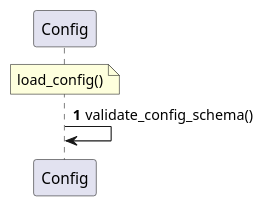
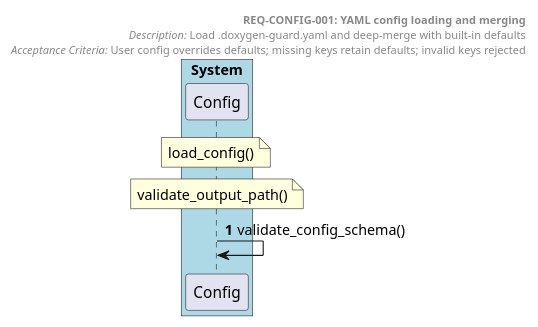
The diagram in docs/generated/sequences/REQ-CONFIG-001.puml (tvanfossen/doxygen-guard), drawn with PlantUML before and after one commit. The commit also changed 18 other files, not shown here.

```diff
--- a/docs/generated/sequences/REQ-CONFIG-001.puml
+++ b/docs/generated/sequences/REQ-CONFIG-001.puml
@@ -1,10 +1,19 @@
-@startuml REQ-CONFIG-001
+@startuml REQ-CONFIG-001 YAML config loading and merging
 autonumber
 
-participant "Config" as Config
+box "System" #LightBlue
+  participant "Config" as Config
+end box
+
+header
+  **REQ-CONFIG-001: YAML config loading and merging**
+  //Description:// Load .doxygen-guard.yaml and deep-merge with built-in defaults
+  //Acceptance Criteria:// User config overrides defaults; missing keys retain defaults; invalid keys rejected
+end header
 
 note over Config: load_config()
+note over Config: validate_output_path()
 
 Config -> Config: validate_config_schema()
 
 @enduml
```
